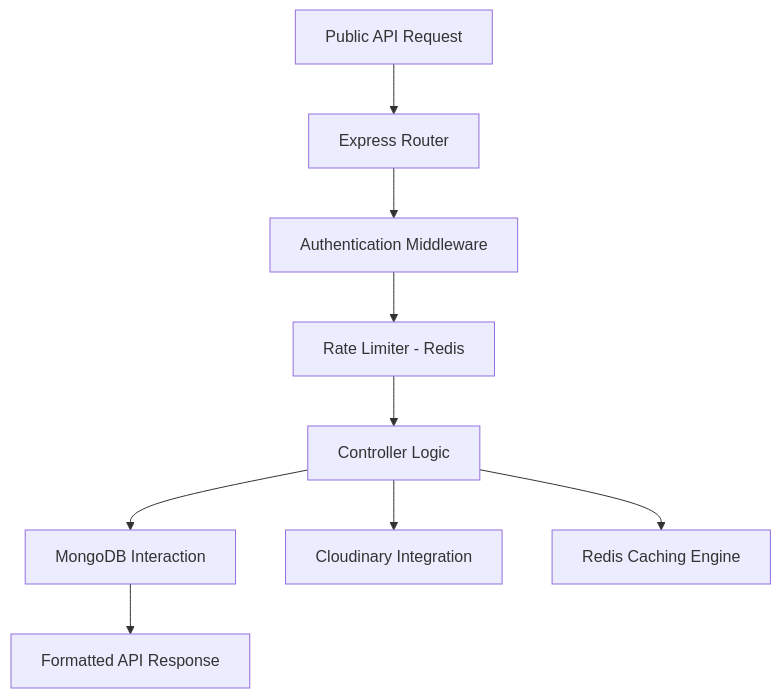
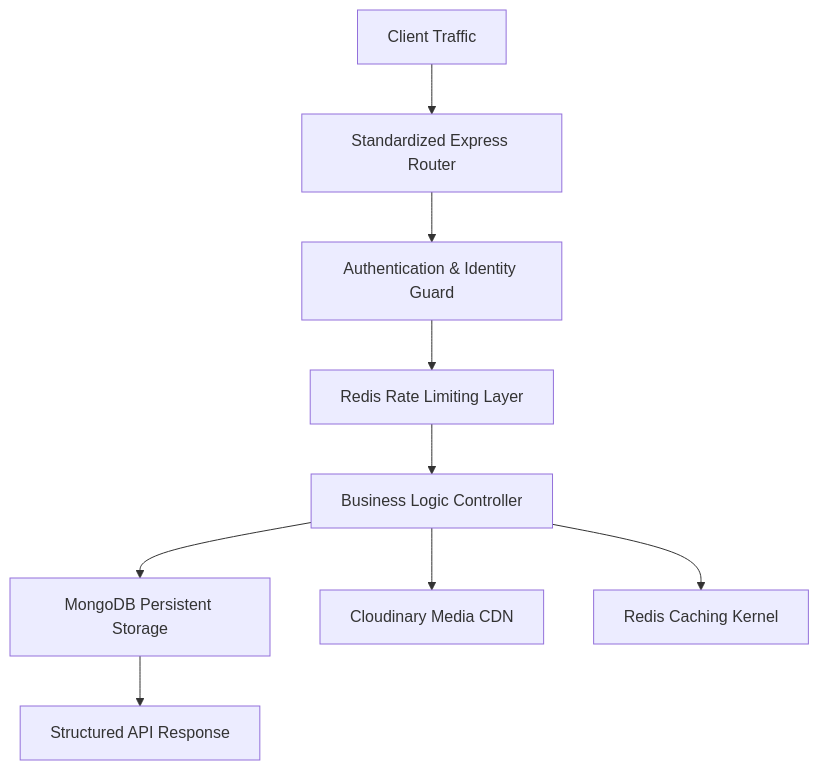
The diagram in README.md (Flamekaiser17/VidCore-), drawn with Mermaid before and after one commit. The commit also changed other lines of this file and 5 other files, not shown here.

````diff
--- a/README.md
+++ b/README.md
@@ -34,11 +19,11 @@
 ```mermaid
 graph TD
-    A[Public API Request] --> B[Express Router]
-    B --> C[Authentication Middleware]
-    C --> D[Rate Limiter - Redis]
-    D --> E[Controller Logic]
-    E --> F[MongoDB Interaction]
-    E --> G[Cloudinary Integration]
-    E --> H[Redis Caching Engine]
-    F --> I[Formatted API Response]
+    A[Client Traffic] --> B[Standardized Express Router]
+    B --> C[Authentication & Identity Guard]
+    C --> D[Redis Rate Limiting Layer]
+    D --> E[Business Logic Controller]
+    E --> F[MongoDB Persistent Storage]
+    E --> G[Cloudinary Media CDN]
+    E --> H[Redis Caching Kernel]
+    F --> I[Structured API Response]
 ```
````
